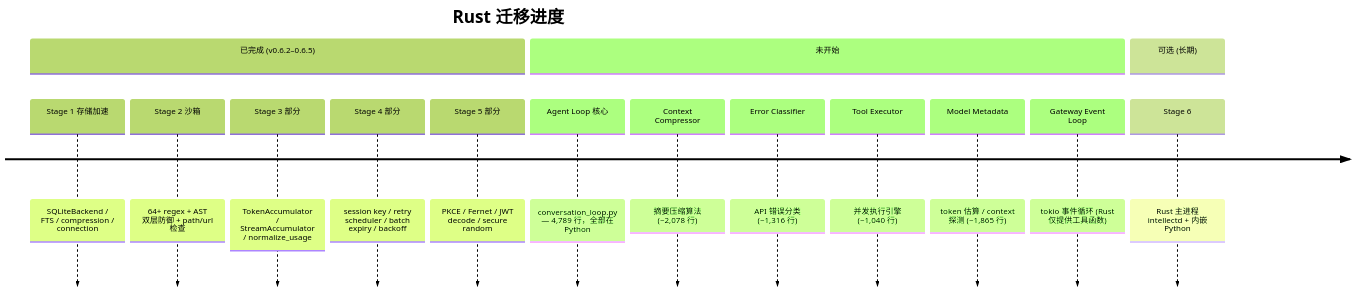
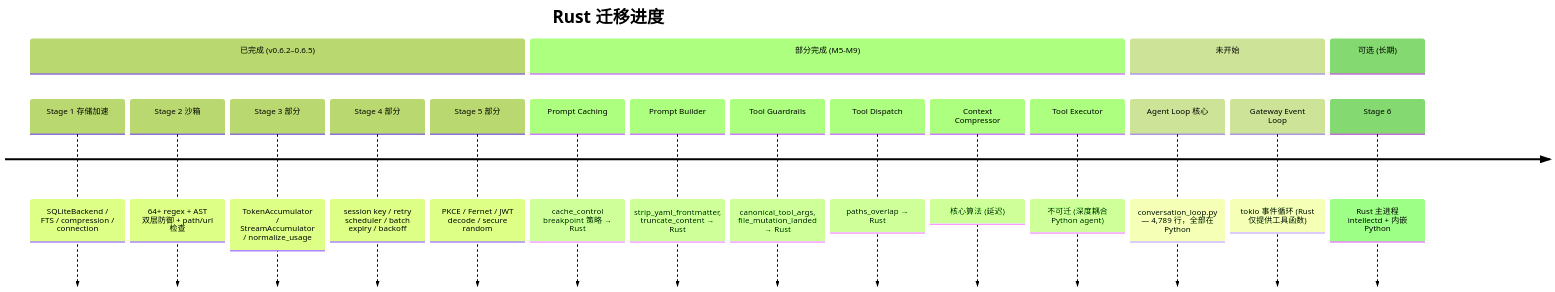
One commit to ontoweb-cn/intellect-agent changed the third of 3 diagrams in docs/architecture/rust-python-interaction.md. Above: the diagram before and after it, drawn with Mermaid (forest theme). The commit also changed other lines of this file, not shown here.

First line of the commit message:
docs: update architecture doc for M5-M9 partial + search_messages

````diff
--- a/docs/architecture/rust-python-interaction.md
+++ b/docs/architecture/rust-python-interaction.md
@@ -369,19 +384,22 @@
 ```mermaid
 timeline
     title Rust 迁移进度
     section 已完成 (v0.6.2–0.6.5)
         Stage 1 存储加速 : SQLiteBackend / FTS / compression / connection
         Stage 2 沙箱 : 64+ regex + AST 双层防御 + path/url 检查
         Stage 3 部分 : TokenAccumulator / StreamAccumulator / normalize_usage
         Stage 4 部分 : session key / retry scheduler / batch expiry / backoff
         Stage 5 部分 : PKCE / Fernet / JWT decode / secure random
+    section 部分完成 (M5-M9)
+        Prompt Caching : cache_control breakpoint 策略 → Rust
+        Prompt Builder : strip_yaml_frontmatter, truncate_content → Rust
+        Tool Guardrails : canonical_tool_args, file_mutation_landed → Rust
+        Tool Dispatch : paths_overlap → Rust
+        Context Compressor : 核心算法 (延迟)
+        Tool Executor : 不可迁 (深度耦合 Python agent)
     section 未开始
         Agent Loop 核心 : conversation_loop.py — 4,789 行，全部在 Python
-        Context Compressor : 摘要压缩算法 (~2,078 行)
-        Error Classifier : API 错误分类 (~1,316 行)
-        Tool Executor : 并发执行引擎 (~1,040 行)
-        Model Metadata : token 估算 / context 探测 (~1,865 行)
         Gateway Event Loop : tokio 事件循环 (Rust 仅提供工具函数)
     section 可选 (长期)
         Stage 6 : Rust 主进程 intellectd + 内嵌 Python
 ```
````
